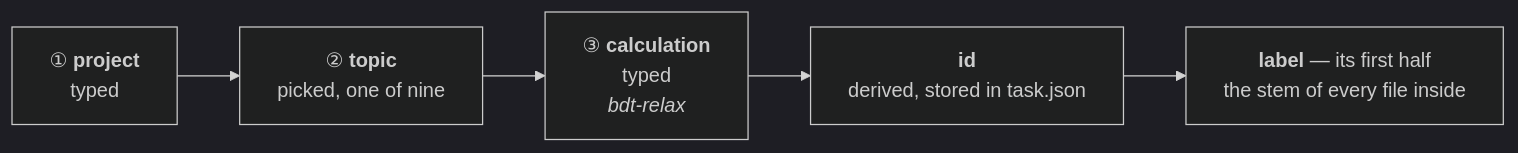
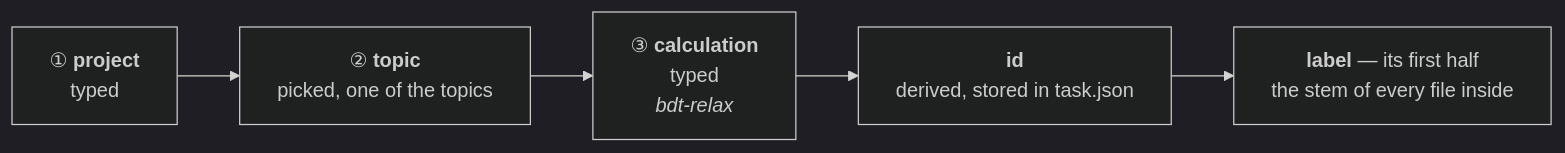
Before and after one commit to Qing-LAB/molbuilder: the second of 2 diagrams in docs/execution/run-identity.md, drawn with Mermaid (dark theme). The commit also changed other lines of this file and 30 other files, not shown here.

````diff
--- a/docs/execution/run-identity.md
+++ b/docs/execution/run-identity.md
@@ -315,4 +315,4 @@
 ```mermaid
 flowchart LR
-    P["① <b>project</b><br/>typed"] --> T["② <b>topic</b><br/>picked, one of nine"] --> F["③ <b>calculation</b><br/>typed<br/><i>bdt-relax</i>"] --> I["<b>id</b><br/>derived, stored in task.json"] --> L["<b>label</b> — its first half<br/>the stem of every file inside"]
+    P["① <b>project</b><br/>typed"] --> T["② <b>topic</b><br/>picked, one of the topics"] --> F["③ <b>calculation</b><br/>typed<br/><i>bdt-relax</i>"] --> I["<b>id</b><br/>derived, stored in task.json"] --> L["<b>label</b> — its first half<br/>the stem of every file inside"]
 ```
````
